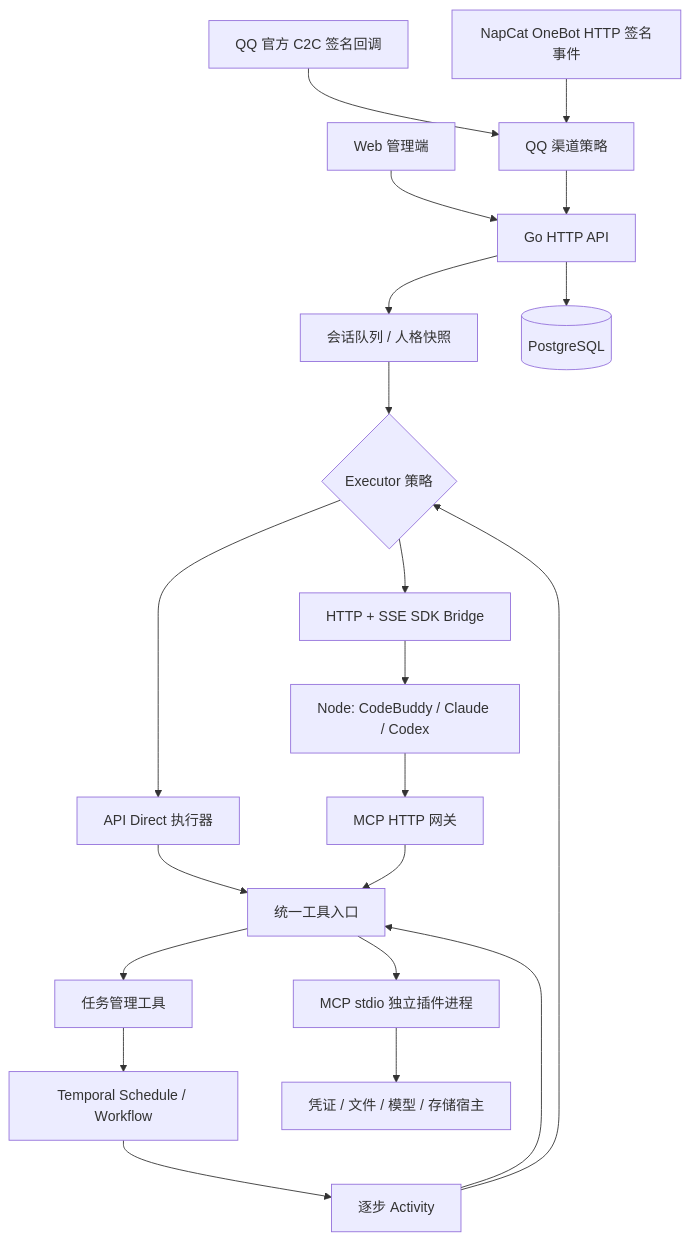
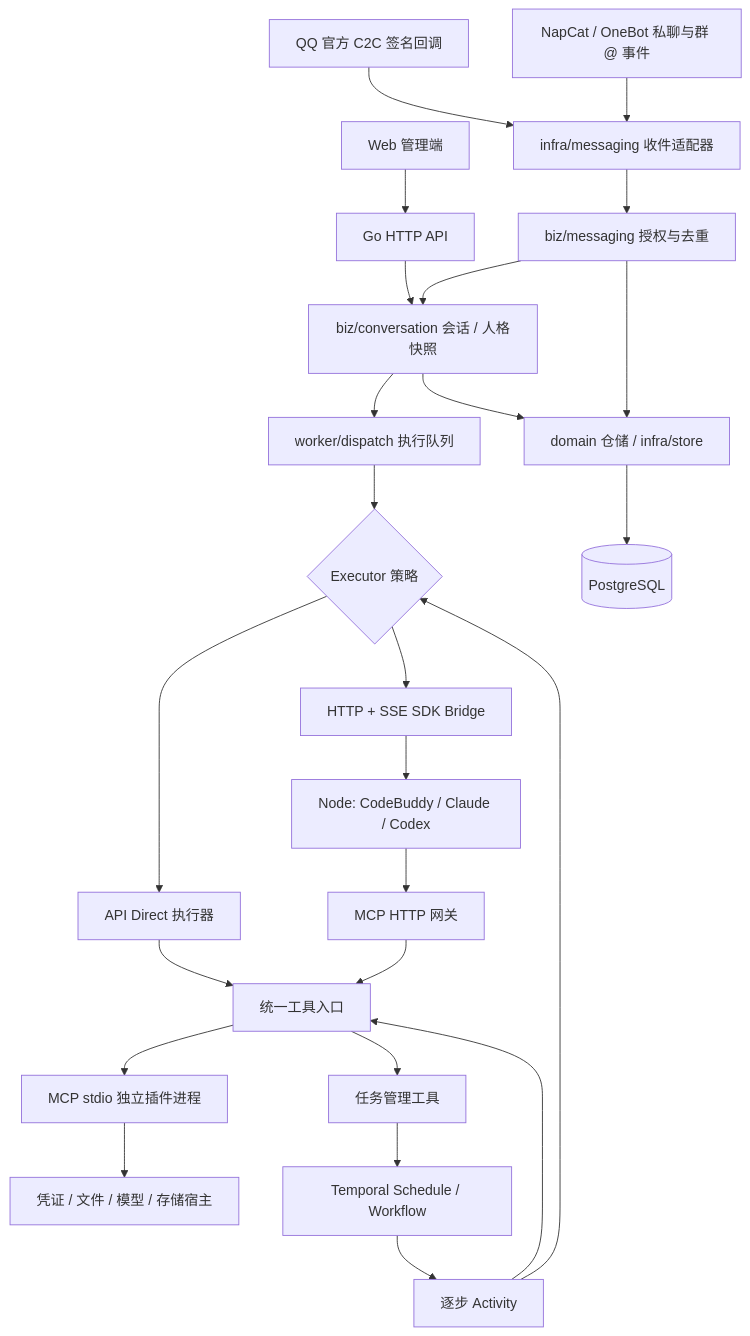
One commit to xingexin/catbot changed the diagram in docs/architecture.md. Above: the diagram before and after it, drawn with Mermaid. The commit also changed other lines of this file and 287 other files, not shown here.

````diff
--- a/docs/architecture.md
+++ b/docs/architecture.md
@@ -3,23 +3,28 @@
 ```mermaid
 flowchart TD
   W[Web 管理端] --> H[Go HTTP API]
-  Q[QQ 官方 C2C 签名回调] --> QT[QQ 渠道策略]
-  OB[NapCat OneBot HTTP 签名事件] --> QT
-  QT --> H
-  H --> C[会话队列 / 人格快照]
-  C --> S{Executor 策略}
+  Q[QQ 官方 C2C 签名回调] --> QT[infra/messaging 收件适配器]
+  OB[NapCat / OneBot 私聊与群 @ 事件] --> QT
+  QT --> MSG[biz/messaging 授权与去重]
+  MSG --> C[biz/conversation 会话 / 人格快照]
+  H --> C
+  C --> QUEUE[worker/dispatch 执行队列]
+  QUEUE --> S
+  S{Executor 策略}
   S --> D[API Direct 执行器]
   S --> B[HTTP + SSE SDK Bridge]
   B --> N[Node: CodeBuddy / Claude / Codex]
   D --> T[统一工具入口]
   N --> M[MCP HTTP 网关]
   M --> T
   T --> P[MCP stdio 独立插件进程]
   T --> J[任务管理工具]
   J --> E[Temporal Schedule / Workflow]
   E --> A[逐步 Activity]
   A --> T
   A --> S
-  H --> PG[(PostgreSQL)]
+  C --> REPO[domain 仓储 / infra/store]
+  MSG --> REPO
+  REPO --> PG[(PostgreSQL)]
   P --> HOST[凭证 / 文件 / 模型 / 存储宿主]
 ```
````
